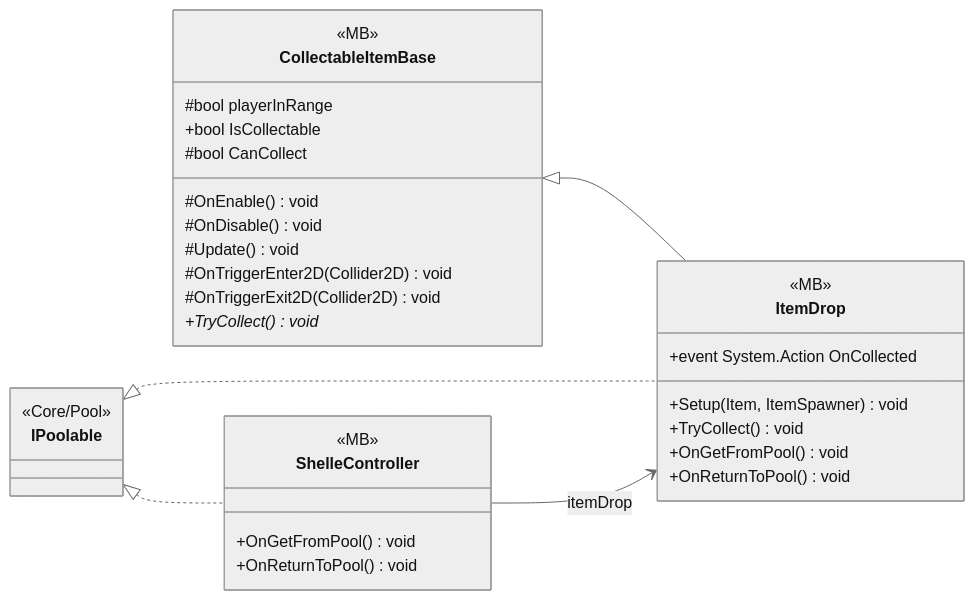
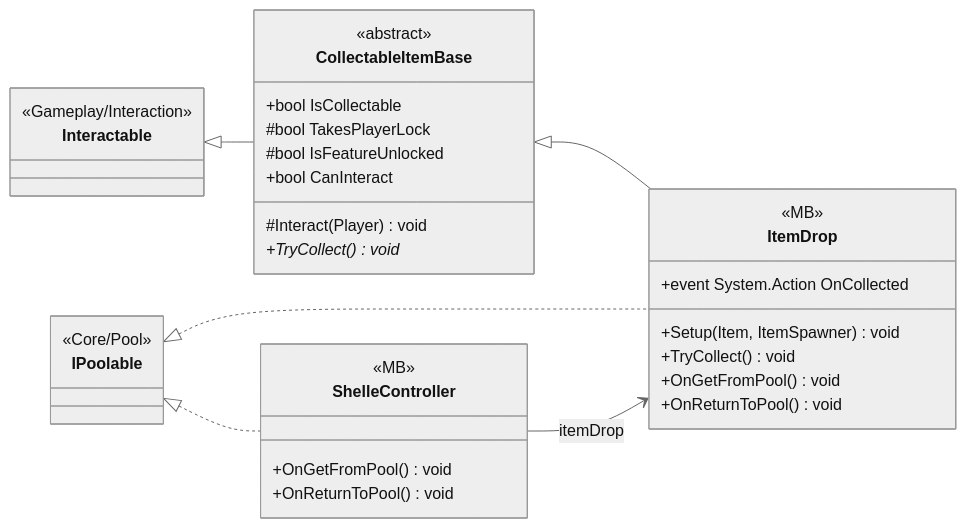
The diagram in docs/uml/modules/Gameplay_Items_Pickups.md (PhumipatWave/project-ocean), drawn with Mermaid (neutral theme) before and after one commit. The commit also changed other lines of this file and 102 other files, not shown here.

````diff
--- a/docs/uml/modules/Gameplay_Items_Pickups.md
+++ b/docs/uml/modules/Gameplay_Items_Pickups.md
@@ -7,37 +7,38 @@
 ```mermaid
 classDiagram
   direction LR
   class CollectableItemBase {
+    <<abstract>>
     <<MB>>
-    <<abstract>>
-    #bool playerInRange
     +bool IsCollectable
-    #bool CanCollect
-    #OnEnable() void
-    #OnDisable() void
-    #Update() void
-    #OnTriggerEnter2D(Collider2D) void
-    #OnTriggerExit2D(Collider2D) void
+    #bool TakesPlayerLock
+    #bool IsFeatureUnlocked
+    +bool CanInteract
+    #Interact(Player) void
     +TryCollect()* void
   }
   class ItemDrop {
     <<MB>>
     +event System.Action OnCollected
     +Setup(Item, ItemSpawner) void
     +TryCollect() void
     +OnGetFromPool() void
     +OnReturnToPool() void
   }
   class ShelleController {
     <<MB>>
     +OnGetFromPool() void
     +OnReturnToPool() void
   }
   class IPoolable {
     <<Core/Pool>>
   }
+  class Interactable {
+    <<Gameplay/Interaction>>
+  }
   CollectableItemBase <|-- ItemDrop
   IPoolable <|.. ItemDrop
   IPoolable <|.. ShelleController
+  Interactable <|-- CollectableItemBase
   ShelleController --> ItemDrop : itemDrop
 ```
````
